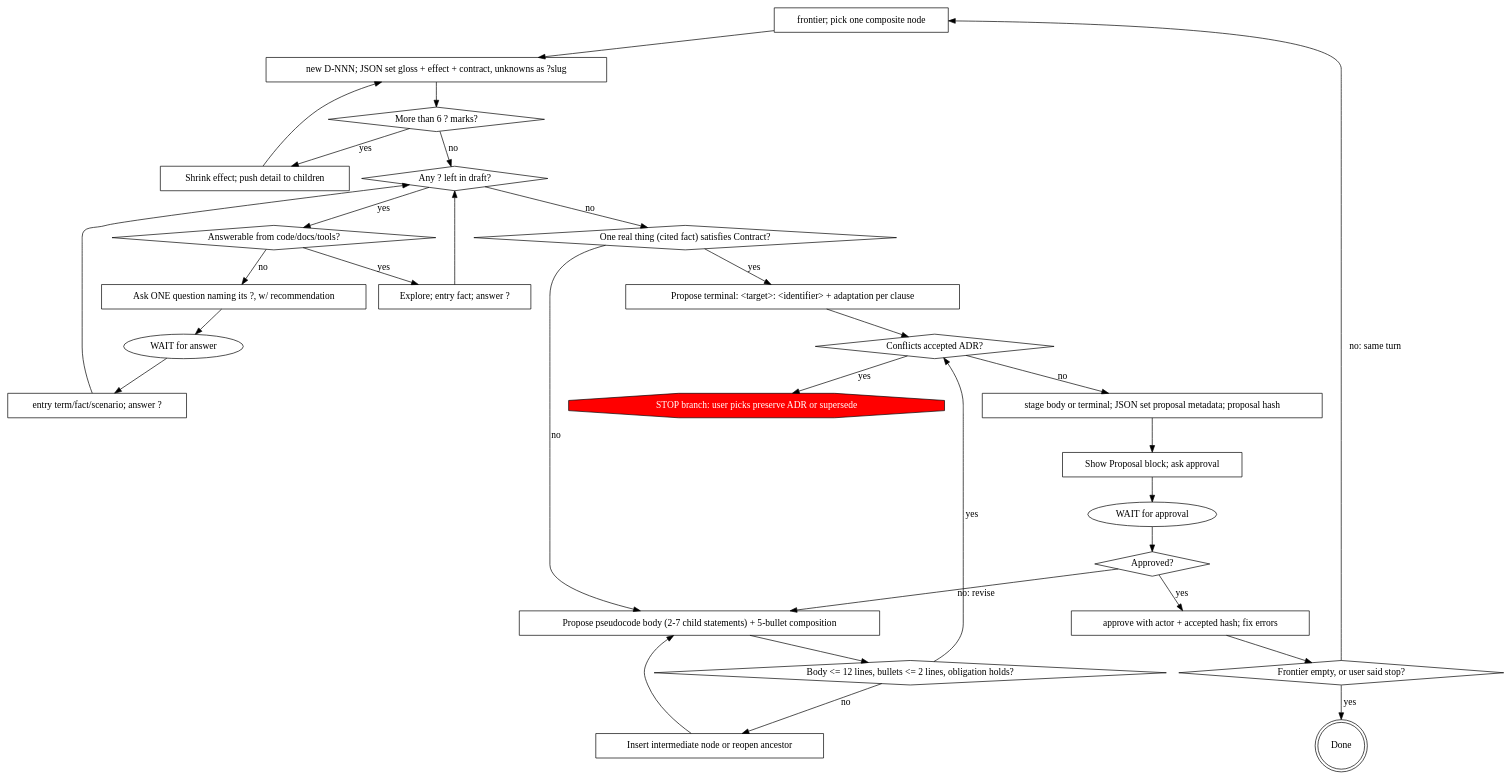
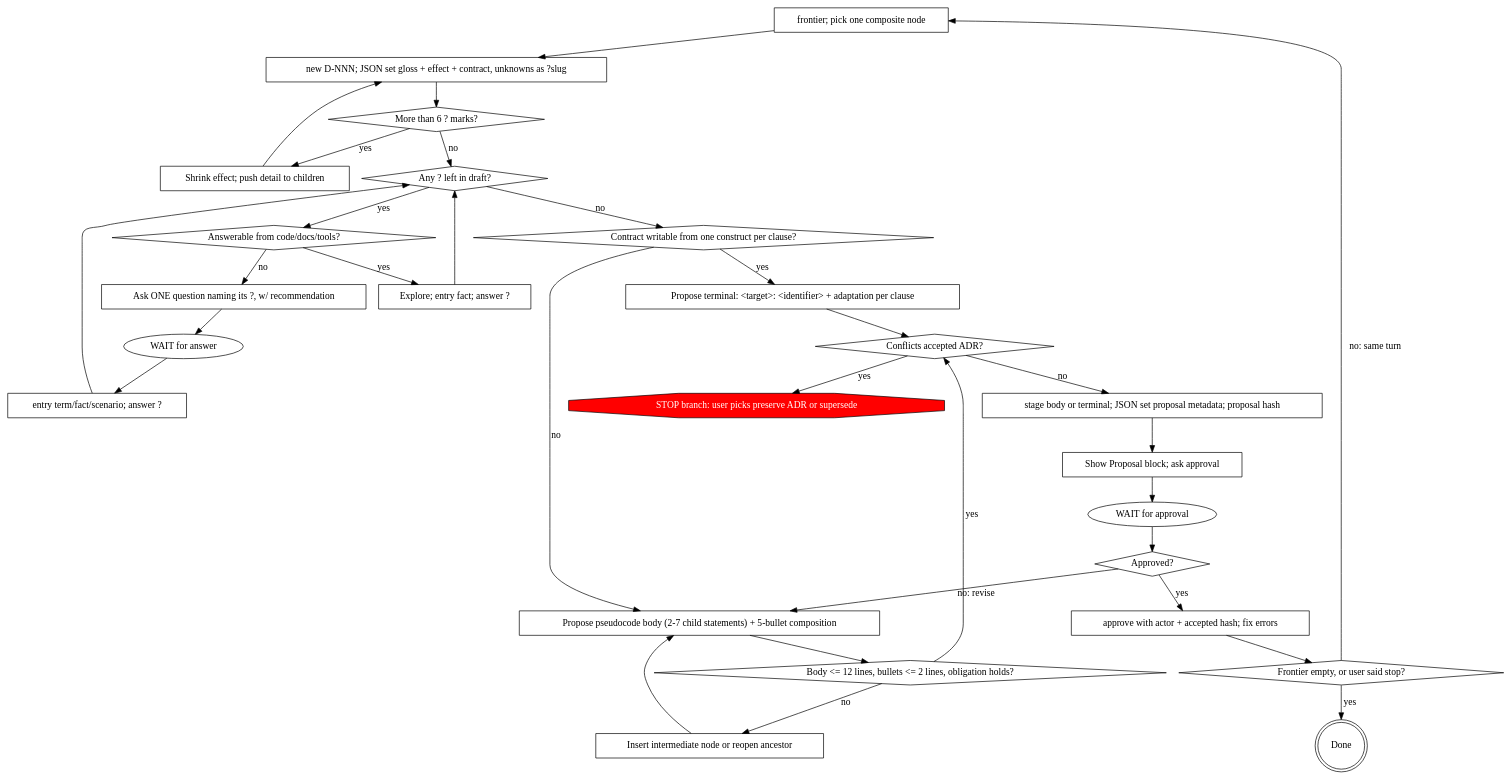
One commit to HollandDM/my-skills changed the diagram in constructing-software-stepwise/skills/constructing-software-stepwise/SKILL.md. Above: the diagram before and after it, drawn with Graphviz. The commit also changed other lines of this file and 4 other files, not shown here.

````diff
--- a/constructing-software-stepwise/skills/constructing-software-stepwise/SKILL.md
+++ b/constructing-software-stepwise/skills/constructing-software-stepwise/SKILL.md
@@ -135,59 +135,59 @@
 ```dot
 digraph refine {
     "frontier; pick one composite node" [shape=box];
     "new D-NNN; JSON set gloss + effect + contract, unknowns as ?slug" [shape=box];
     "More than 6 ? marks?" [shape=diamond];
     "Shrink effect; push detail to children" [shape=box];
     "Any ? left in draft?" [shape=diamond];
     "Answerable from code/docs/tools?" [shape=diamond];
     "Explore; entry fact; answer ?" [shape=box];
     "Ask ONE question naming its ?, w/ recommendation" [shape=box];
     "WAIT for answer" [shape=ellipse];
     "entry term/fact/scenario; answer ?" [shape=box];
-    "One real thing (cited fact) satisfies Contract?" [shape=diamond];
+    "Contract writable from one construct per clause?" [shape=diamond];
     "Propose terminal: <target>: <identifier> + adaptation per clause" [shape=box];
     "Propose pseudocode body (2-7 child statements) + 5-bullet composition" [shape=box];
     "Body <= 12 lines, bullets <= 2 lines, obligation holds?" [shape=diamond];
     "Insert intermediate node or reopen ancestor" [shape=box];
     "Conflicts accepted ADR?" [shape=diamond];
     "STOP branch: user picks preserve ADR or supersede" [shape=octagon, style=filled, fillcolor=red, fontcolor=white];
     "Show Proposal block; ask approval" [shape=box];
     "WAIT for approval" [shape=ellipse];
     "Approved?" [shape=diamond];
     "stage body or terminal; JSON set proposal metadata; proposal hash" [shape=box];
     "approve with actor + accepted hash; fix errors" [shape=box];
     "Frontier empty, or user said stop?" [shape=diamond];
     "Done" [shape=doublecircle];
 
     "frontier; pick one composite node" -> "new D-NNN; JSON set gloss + effect + contract, unknowns as ?slug";
     "new D-NNN; JSON set gloss + effect + contract, unknowns as ?slug" -> "More than 6 ? marks?";
     "More than 6 ? marks?" -> "Shrink effect; push detail to children" [label="yes"];
     "Shrink effect; push detail to children" -> "new D-NNN; JSON set gloss + effect + contract, unknowns as ?slug";
     "More than 6 ? marks?" -> "Any ? left in draft?" [label="no"];
     "Any ? left in draft?" -> "Answerable from code/docs/tools?" [label="yes"];
     "Answerable from code/docs/tools?" -> "Explore; entry fact; answer ?" [label="yes"];
     "Explore; entry fact; answer ?" -> "Any ? left in draft?";
     "Answerable from code/docs/tools?" -> "Ask ONE question naming its ?, w/ recommendation" [label="no"];
     "Ask ONE question naming its ?, w/ recommendation" -> "WAIT for answer";
     "WAIT for answer" -> "entry term/fact/scenario; answer ?";
     "entry term/fact/scenario; answer ?" -> "Any ? left in draft?";
-    "Any ? left in draft?" -> "One real thing (cited fact) satisfies Contract?" [label="no"];
-    "One real thing (cited fact) satisfies Contract?" -> "Propose terminal: <target>: <identifier> + adaptation per clause" [label="yes"];
+    "Any ? left in draft?" -> "Contract writable from one construct per clause?" [label="no"];
+    "Contract writable from one construct per clause?" -> "Propose terminal: <target>: <identifier> + adaptation per clause" [label="yes"];
     "Propose terminal: <target>: <identifier> + adaptation per clause" -> "Conflicts accepted ADR?";
-    "One real thing (cited fact) satisfies Contract?" -> "Propose pseudocode body (2-7 child statements) + 5-bullet composition" [label="no"];
+    "Contract writable from one construct per clause?" -> "Propose pseudocode body (2-7 child statements) + 5-bullet composition" [label="no"];
     "Propose pseudocode body (2-7 child statements) + 5-bullet composition" -> "Body <= 12 lines, bullets <= 2 lines, obligation holds?";
     "Body <= 12 lines, bullets <= 2 lines, obligation holds?" -> "Insert intermediate node or reopen ancestor" [label="no"];
     "Insert intermediate node or reopen ancestor" -> "Propose pseudocode body (2-7 child statements) + 5-bullet composition";
     "Body <= 12 lines, bullets <= 2 lines, obligation holds?" -> "Conflicts accepted ADR?" [label="yes"];
     "Conflicts accepted ADR?" -> "STOP branch: user picks preserve ADR or supersede" [label="yes"];
     "Conflicts accepted ADR?" -> "stage body or terminal; JSON set proposal metadata; proposal hash" [label="no"];
     "stage body or terminal; JSON set proposal metadata; proposal hash" -> "Show Proposal block; ask approval";
     "Show Proposal block; ask approval" -> "WAIT for approval";
     "WAIT for approval" -> "Approved?";
     "Approved?" -> "Propose pseudocode body (2-7 child statements) + 5-bullet composition" [label="no: revise"];
     "Approved?" -> "approve with actor + accepted hash; fix errors" [label="yes"];
     "approve with actor + accepted hash; fix errors" -> "Frontier empty, or user said stop?";
     "Frontier empty, or user said stop?" -> "Done" [label="yes"];
     "Frontier empty, or user said stop?" -> "frontier; pick one composite node" [label="no: same turn"];
 }
 ```
````
